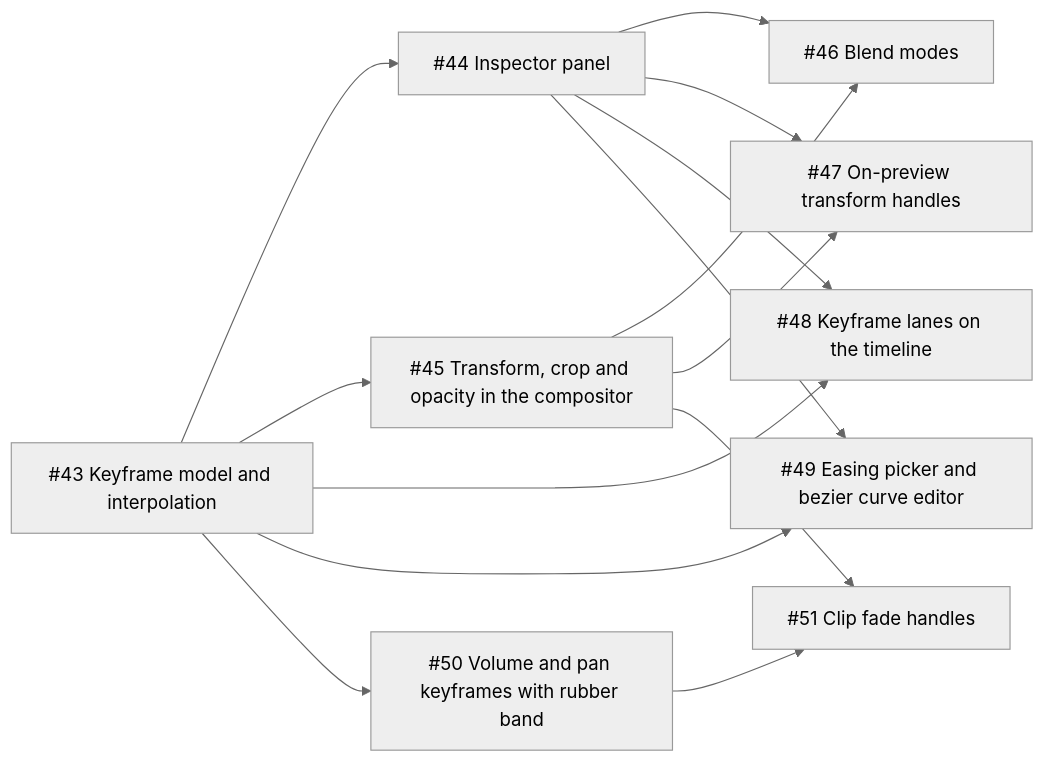
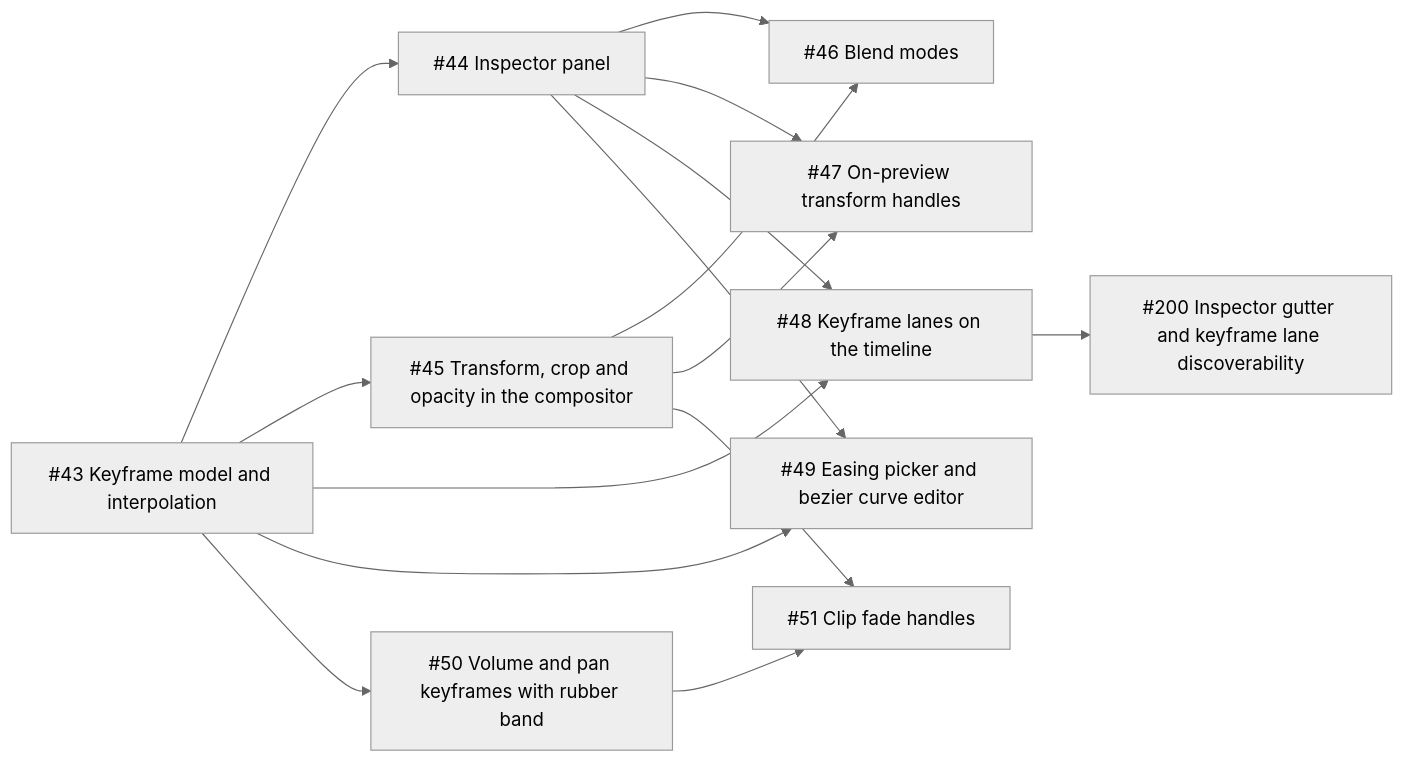
One commit to jarradbanks/jvid changed the fourth of 7 diagrams in docs/ROADMAP.md. Above: the diagram before and after it, drawn with Mermaid (neutral theme). The commit also changed other lines of this file and 2 other files, not shown here.

Commit message:
Roadmap: create keyframe discoverability issue

````diff
--- a/docs/ROADMAP.md
+++ b/docs/ROADMAP.md
@@ -242,25 +242,27 @@
 ```mermaid
 flowchart LR
   keyframes["#35;43 Keyframe model and interpolation"]
   inspector["#35;44 Inspector panel"]
   transform["#35;45 Transform, crop and opacity in the compositor"]
   blend["#35;46 Blend modes"]
   gizmo["#35;47 On-preview transform handles"]
   keyframe_lanes["#35;48 Keyframe lanes on the timeline"]
   easing_ui["#35;49 Easing picker and bezier curve editor"]
   audio_keys["#35;50 Volume and pan keyframes with rubber band"]
   fades["#35;51 Clip fade handles"]
+  kf_discover["#35;200 Inspector gutter and keyframe lane discoverability"]
   keyframes --> inspector
   keyframes --> transform
   transform --> blend
   inspector --> blend
   transform --> gizmo
   inspector --> gizmo
   keyframes --> keyframe_lanes
   inspector --> keyframe_lanes
   keyframes --> easing_ui
   inspector --> easing_ui
   keyframes --> audio_keys
   audio_keys --> fades
   transform --> fades
+  keyframe_lanes --> kf_discover
 ```
````
